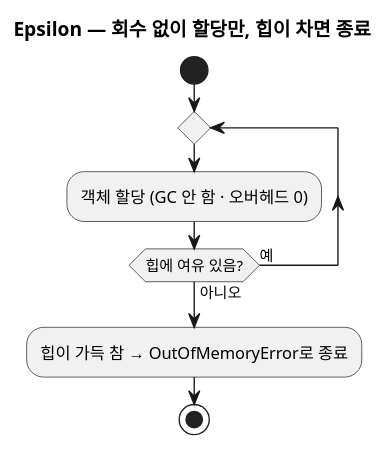
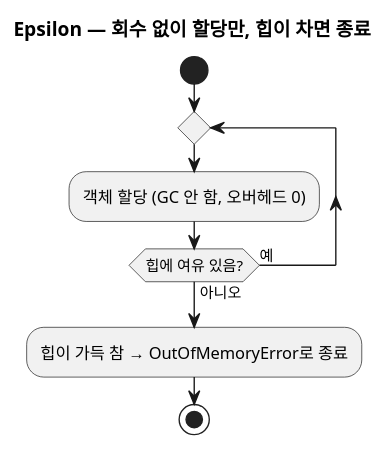
Before and after one commit to johnycho/johny-dev: the ninth of 10 diagrams in blog/2026-08-18-java-gc-types.mdx, drawn with PlantUML. The commit also changed other lines of this file and 188 other files, not shown here.

````diff
--- a/blog/2026-08-18-java-gc-types.mdx
+++ b/blog/2026-08-18-java-gc-types.mdx
@@ -331,11 +331,11 @@
 ```plantuml
 @startuml
 title Epsilon — 회수 없이 할당만, 힙이 차면 종료
 start
 repeat
-  :객체 할당 (GC 안 함 · 오버헤드 0);
+  :객체 할당 (GC 안 함, 오버헤드 0);
 repeat while (힙에 여유 있음?) is (예) not (아니오)
 :힙이 가득 참 → OutOfMemoryError로 종료;
 stop
 @enduml
 ```
````
